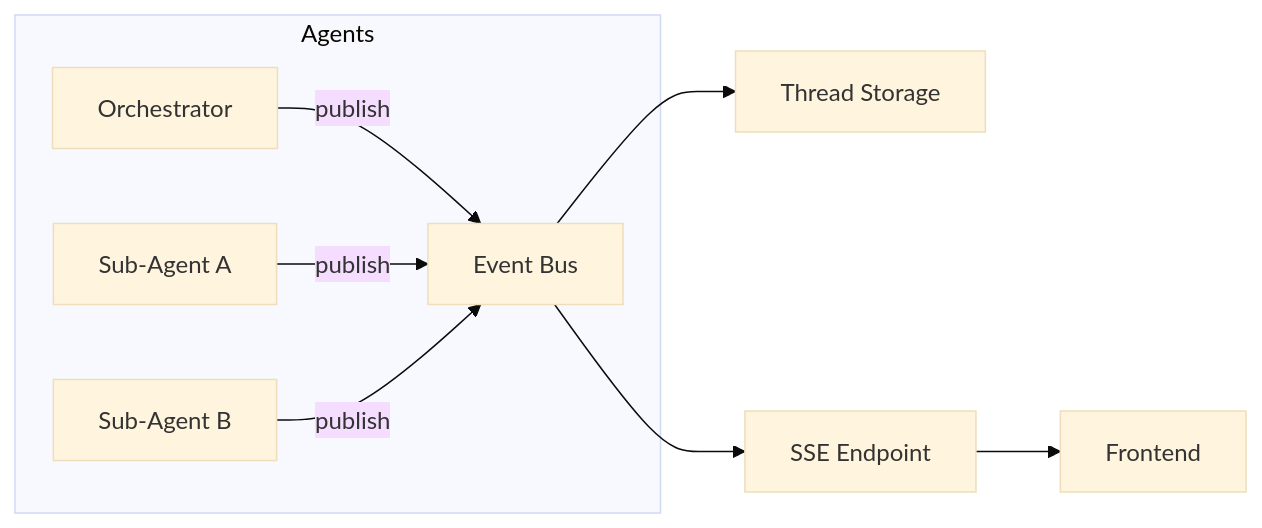
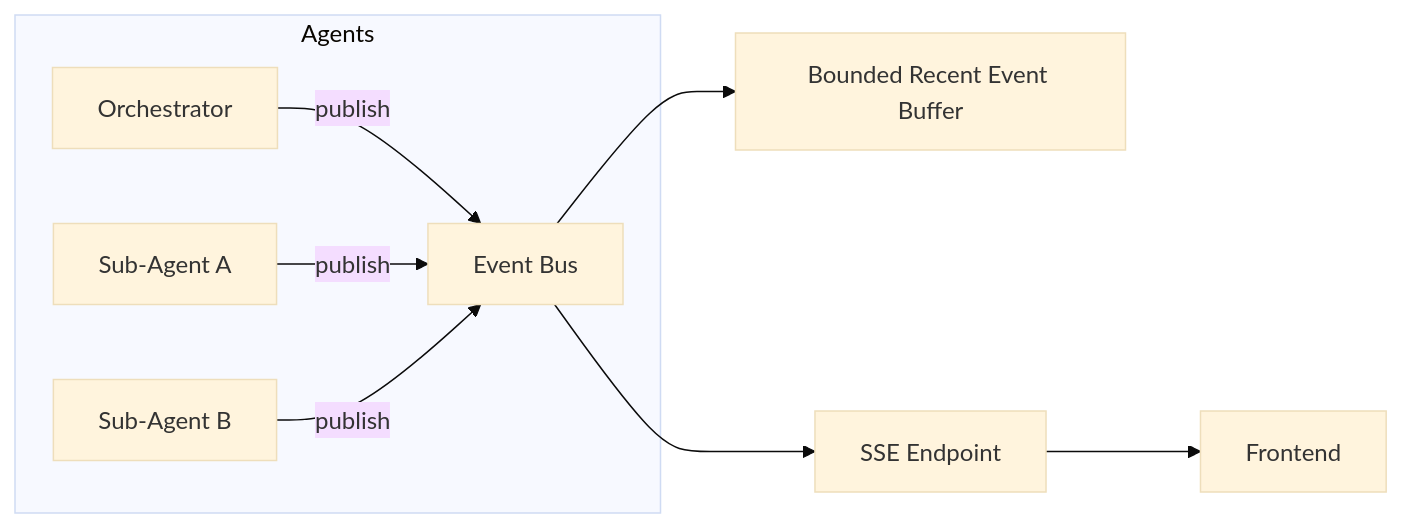
One commit to mayankjain1815-commits/n8n changed the diagram in packages/@n8n/instance-ai/docs/streaming-protocol.md. Above: the diagram before and after it, drawn with Mermaid (base theme). The commit also changed other lines of this file and 11 other files, not shown here.

````diff
--- a/packages/@n8n/instance-ai/docs/streaming-protocol.md
+++ b/packages/@n8n/instance-ai/docs/streaming-protocol.md
@@ -370,12 +370,12 @@
 ```mermaid
 graph LR
     subgraph Agents
         O[Orchestrator] -->|publish| Bus[Event Bus]
         S1[Sub-Agent A] -->|publish| Bus
         S2[Sub-Agent B] -->|publish| Bus
     end
 
-    Bus --> Store[Thread Storage]
+    Bus --> Store[Bounded Recent Event Buffer]
     Bus --> SSE[SSE Endpoint]
     SSE --> FE[Frontend]
 ```
````
